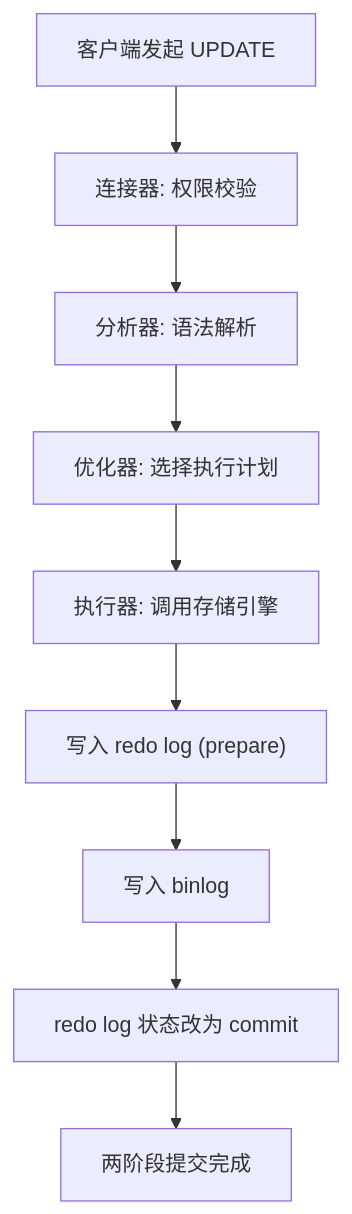
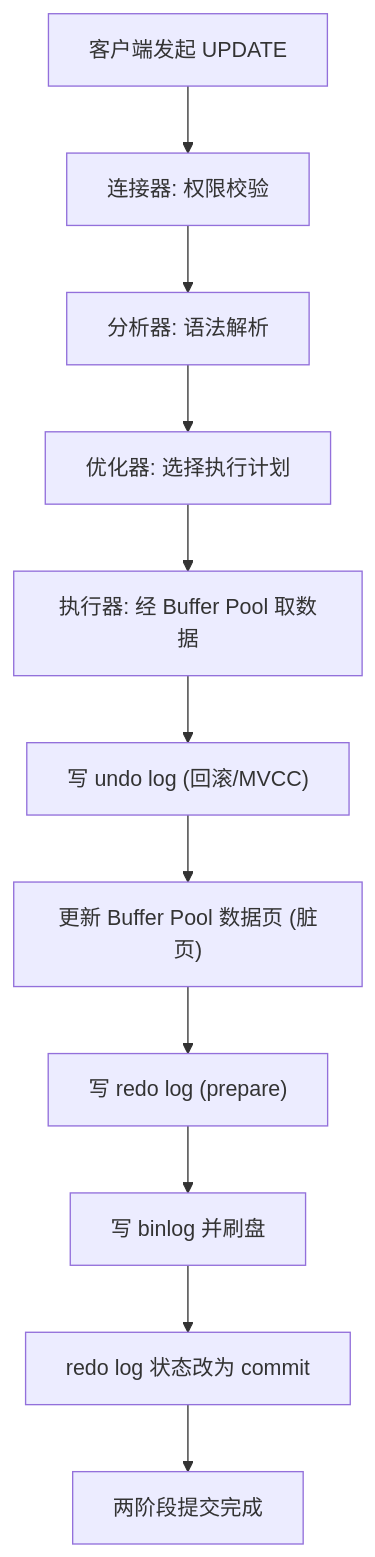
One commit to dunwu/waterdrop changed the third of 5 diagrams in docs/12.数据库/关系型数据库/MySQL/[MySQL]面试.md. Above: the diagram before and after it, drawn with Mermaid. The commit also changed other lines of this file and 8 other files, not shown here.

````diff
--- a/docs/12.数据库/关系型数据库/MySQL/[MySQL]面试.md
+++ b/docs/12.数据库/关系型数据库/MySQL/[MySQL]面试.md
@@ -979,11 +1583,13 @@
 ```mermaid
 graph TB
     A["客户端发起 UPDATE"] --> B["连接器: 权限校验"]
     B --> C["分析器: 语法解析"]
     C --> D["优化器: 选择执行计划"]
-    D --> E["执行器: 调用存储引擎"]
-    E --> F["写入 redo log (prepare)"]
-    F --> G["写入 binlog"]
-    G --> H["redo log 状态改为 commit"]
-    H --> I["两阶段提交完成"]
+    D --> E["执行器: 经 Buffer Pool 取数据"]
+    E --> F["写 undo log (回滚/MVCC)"]
+    F --> G["更新 Buffer Pool 数据页 (脏页)"]
+    G --> H["写 redo log (prepare)"]
+    H --> I["写 binlog 并刷盘"]
+    I --> J["redo log 状态改为 commit"]
+    J --> K["两阶段提交完成"]
 ```
````
